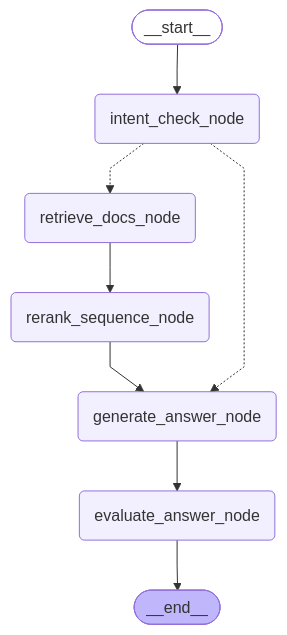
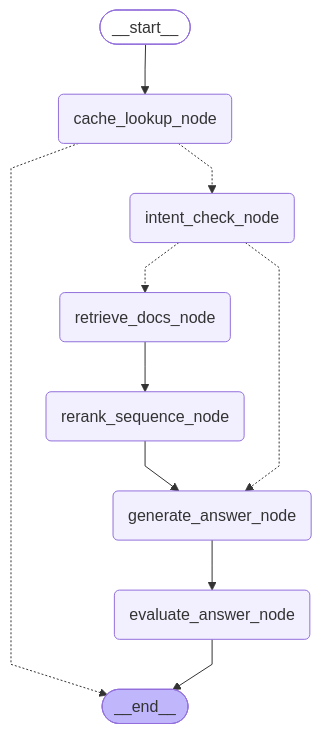
One commit to RebeccaZhou88/oceadvance-rag changed the diagram in docs/workflow.mermaid. Above: the diagram before and after it, drawn with Mermaid. The commit also changed 57 other files, not shown here.

```diff
--- a/docs/workflow.mermaid
+++ b/docs/workflow.mermaid
@@ -1,19 +1,22 @@
 %%{init: {'flowchart': {'curve': 'linear'}}}%%
 graph TD;
 	__start__([<p>__start__</p>]):::first
+	cache_lookup_node(cache_lookup_node)
 	intent_check_node(intent_check_node)
 	retrieve_docs_node(retrieve_docs_node)
 	rerank_sequence_node(rerank_sequence_node)
 	generate_answer_node(generate_answer_node)
 	evaluate_answer_node(evaluate_answer_node)
 	__end__([<p>__end__</p>]):::last
-	__start__ --> intent_check_node;
+	__start__ --> cache_lookup_node;
+	cache_lookup_node -.-> intent_check_node;
+	cache_lookup_node -.-> __end__;
 	evaluate_answer_node --> __end__;
 	generate_answer_node --> evaluate_answer_node;
 	rerank_sequence_node --> generate_answer_node;
 	retrieve_docs_node --> rerank_sequence_node;
 	intent_check_node -.-> retrieve_docs_node;
 	intent_check_node -.-> generate_answer_node;
 	classDef default fill:#f2f0ff,line-height:1.2
 	classDef first fill-opacity:0
 	classDef last fill:#bfb6fc
```
